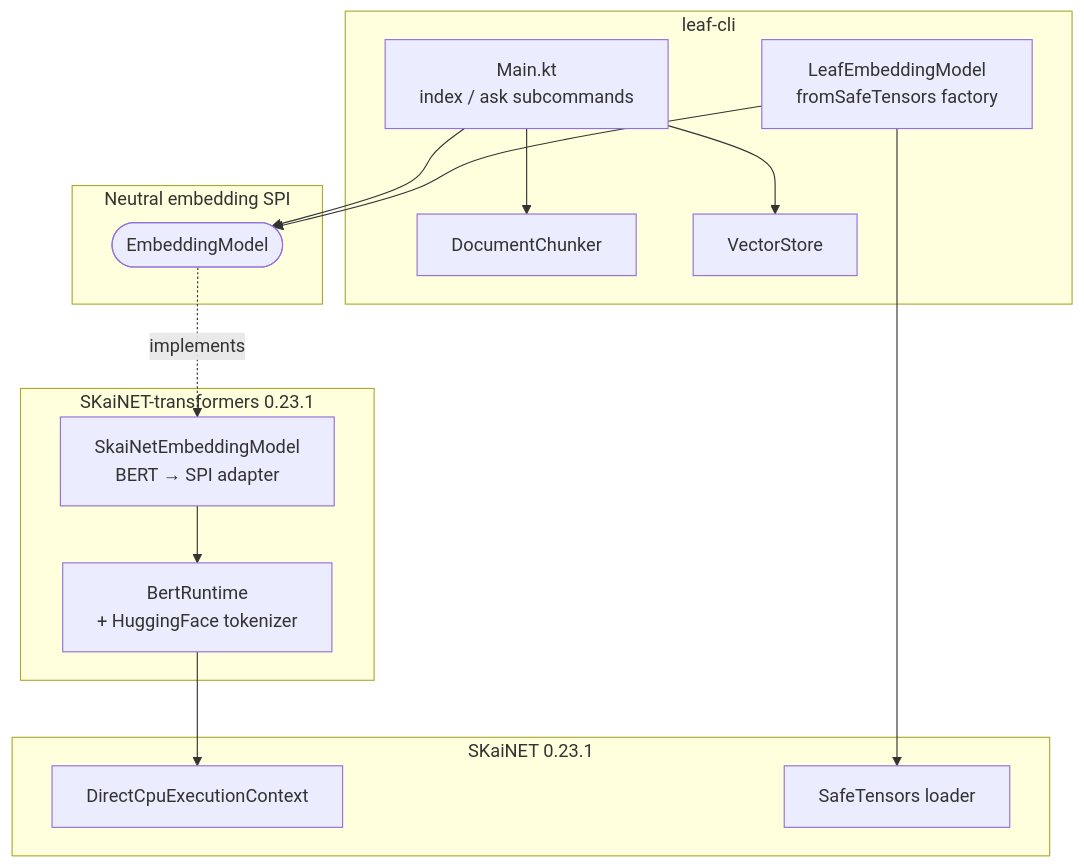
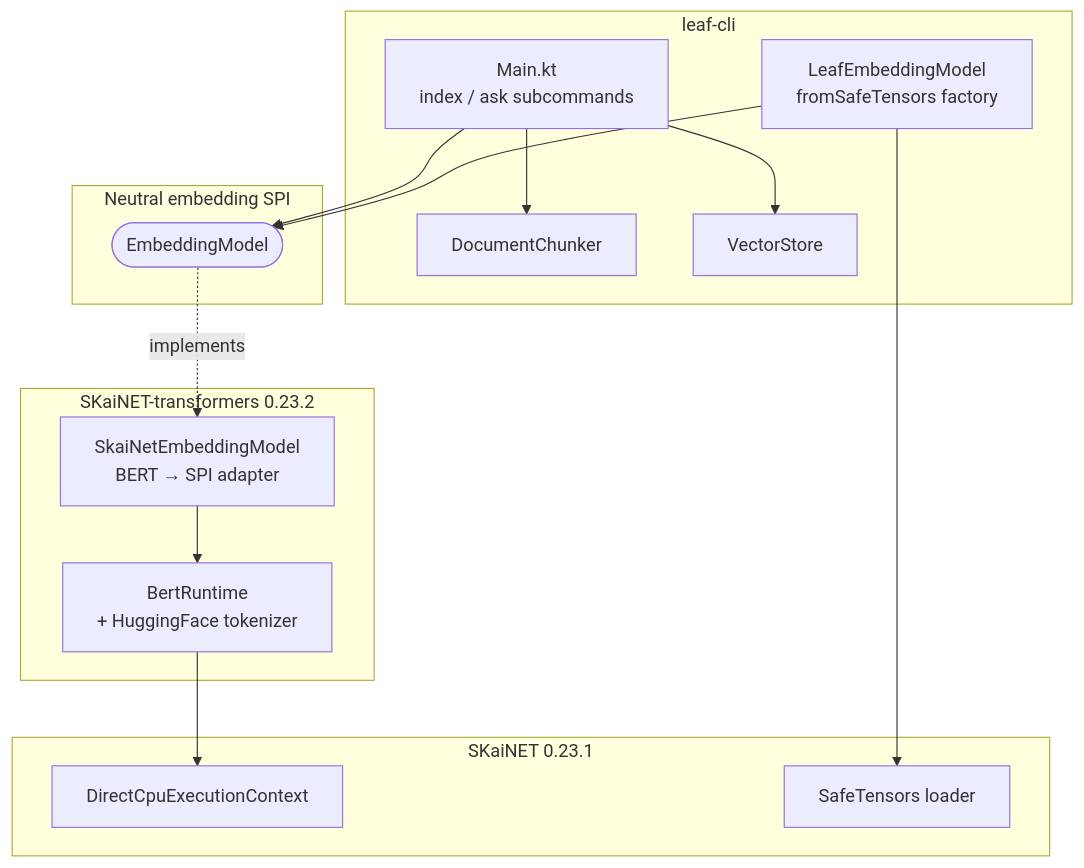
The second of 2 diagrams in README.md (michalharakal/SKaiNET-leaf-cli), drawn with Mermaid before and after one commit. The commit also changed other lines of this file and 1 other file, not shown here.

First line of the commit message:
chore(deps): bump skainet-transformers 0.23.1 → 0.23.2

````diff
--- a/README.md
+++ b/README.md
@@ -103,32 +103,32 @@
 ```mermaid
 flowchart TB
     subgraph CLI[leaf-cli]
         Main[Main.kt<br/>index / ask subcommands]
         Chunker[DocumentChunker]
         Store[VectorStore]
         Loader[LeafEmbeddingModel<br/>fromSafeTensors factory]
     end
 
     subgraph SPI[Neutral embedding SPI]
         EM([EmbeddingModel])
     end
 
-    subgraph Transformers[SKaiNET-transformers 0.23.1]
+    subgraph Transformers[SKaiNET-transformers 0.23.2]
         Adapter[SkaiNetEmbeddingModel<br/>BERT → SPI adapter]
         Bert[BertRuntime<br/>+ HuggingFace tokenizer]
     end
 
     subgraph Engine[SKaiNET 0.23.1]
         Ctx[DirectCpuExecutionContext]
         Safe[SafeTensors loader]
     end
 
     Main --> Chunker
     Main --> Store
     Main --> EM
     Loader --> EM
     EM -.implements.-> Adapter
     Adapter --> Bert
     Bert --> Ctx
     Loader --> Safe
 ```
````
